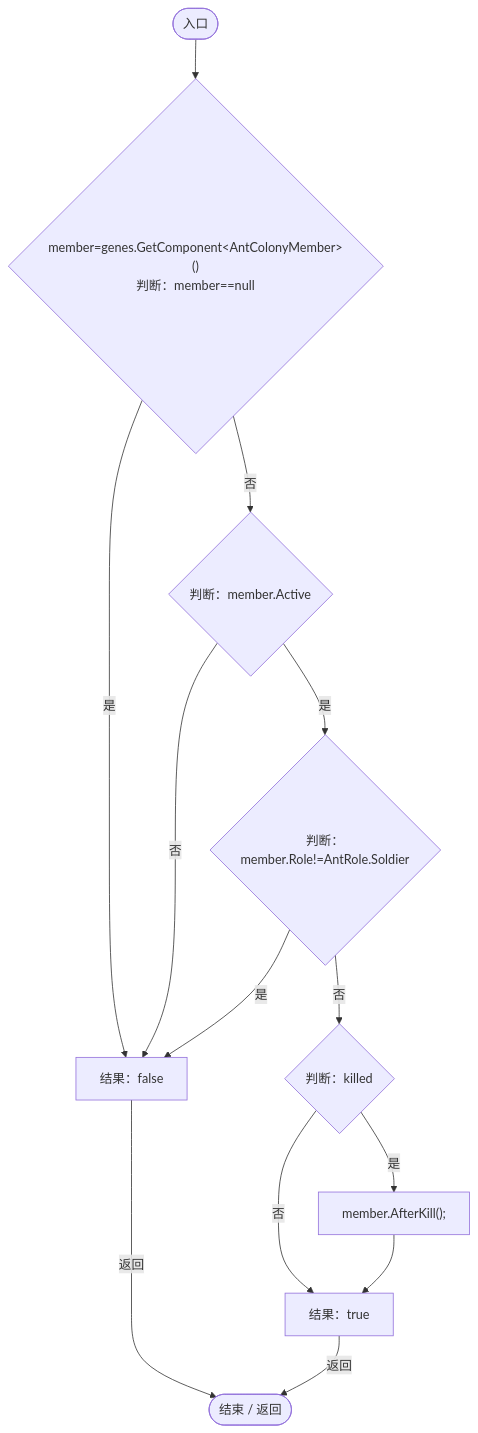
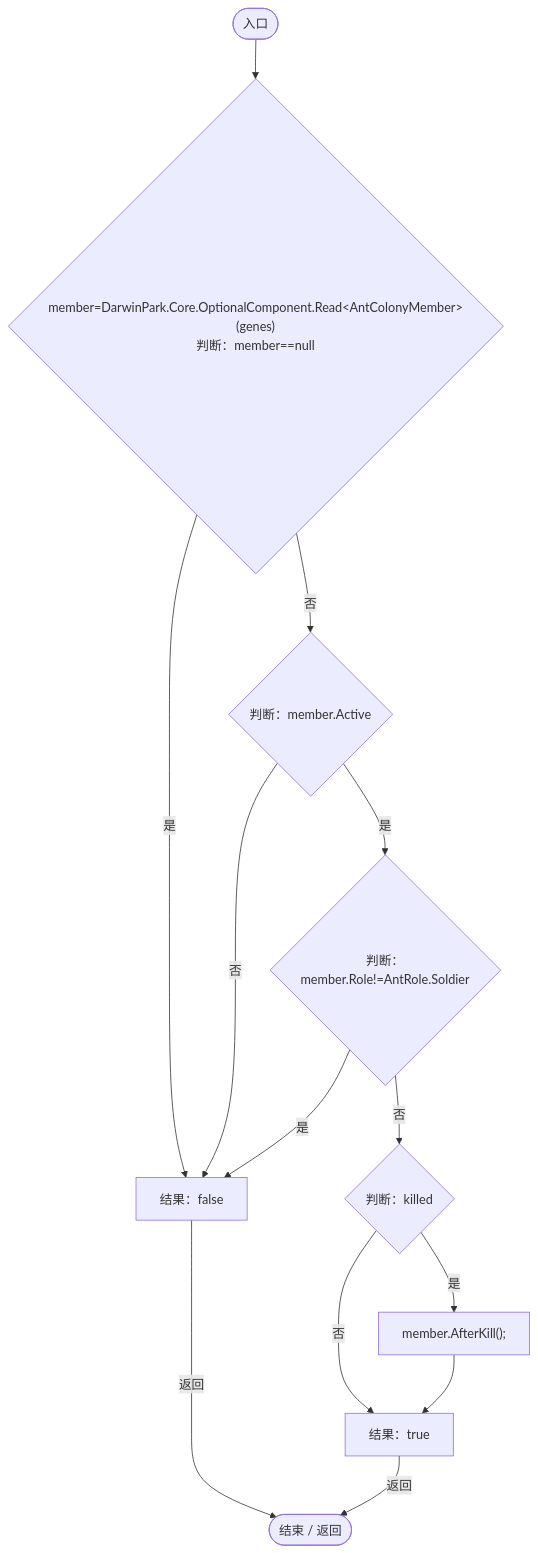
One commit to xhs6666/Darwin_paradise changed the second of 2 diagrams in Docs/运行流程图/脚本/aa858de55ec8e51a.md. Above: the diagram before and after it, drawn with Mermaid. The commit also changed other lines of this file and 297 other files, not shown here.

````diff
--- a/Docs/运行流程图/脚本/aa858de55ec8e51a.md
+++ b/Docs/运行流程图/脚本/aa858de55ec8e51a.md
@@ -84,25 +85,25 @@
 ```mermaid
 flowchart TD
   b0(["入口"])
-  b1{"member=genes.GetComponent&lt;AntColonyMember&gt;()<br/>判断：member==null"}
+  b1{"member=DarwinPark.Core.OptionalComponent.Read&lt;AntColonyMember&gt;(genes)<br/>判断：member==null"}
   b2{"判断：member.Active"}
   b3{"判断：member.Role!=AntRole.Soldier"}
   b4["结果：false"]
   b5{"判断：killed"}
   b6["member.AfterKill();"]
   b7["结果：true"]
   b8(["结束 / 返回"])
   b0 --> b1
   b1 -->|"否"| b2
   b1 -->|"是"| b4
   b2 -->|"是"| b3
   b2 -->|"否"| b4
   b3 -->|"是"| b4
   b3 -->|"否"| b5
   b4 -->|"返回"| b8
   b5 -->|"是"| b6
   b5 -->|"否"| b7
   b6 --> b7
   b7 -->|"返回"| b8
 
 ```
````
